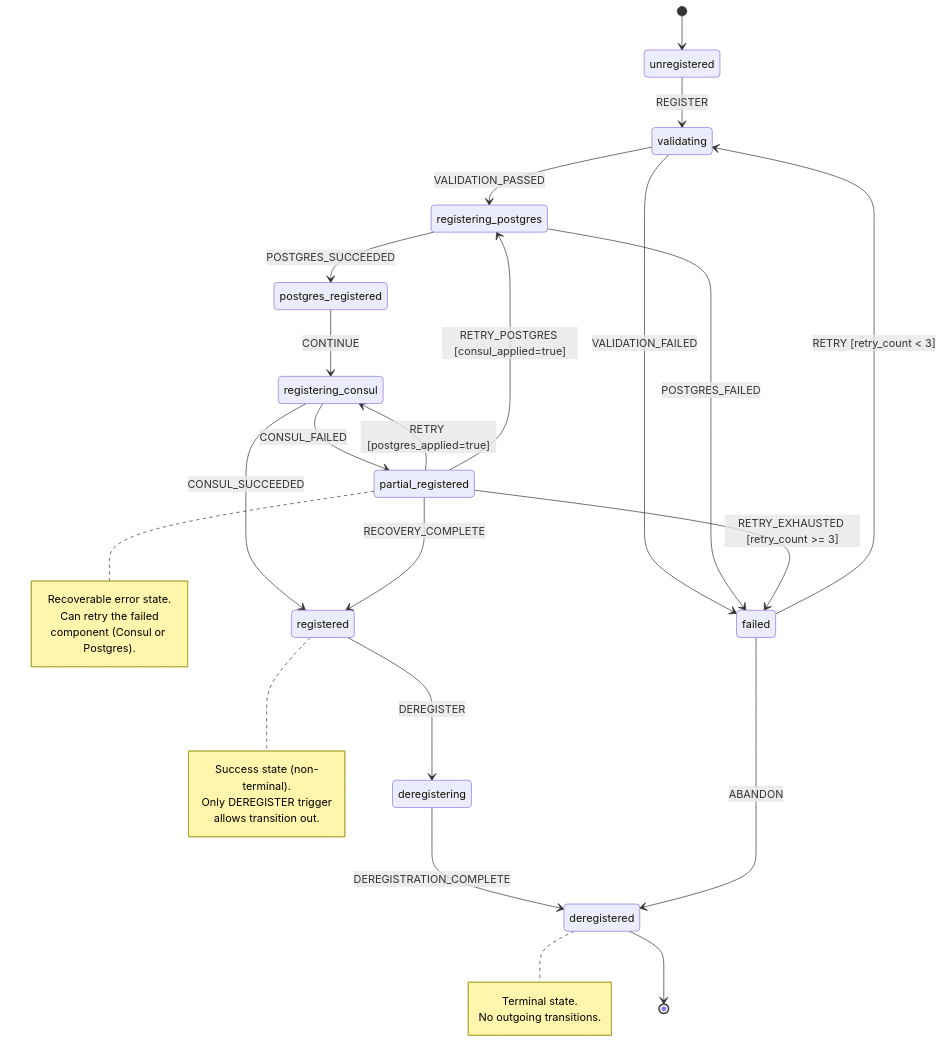
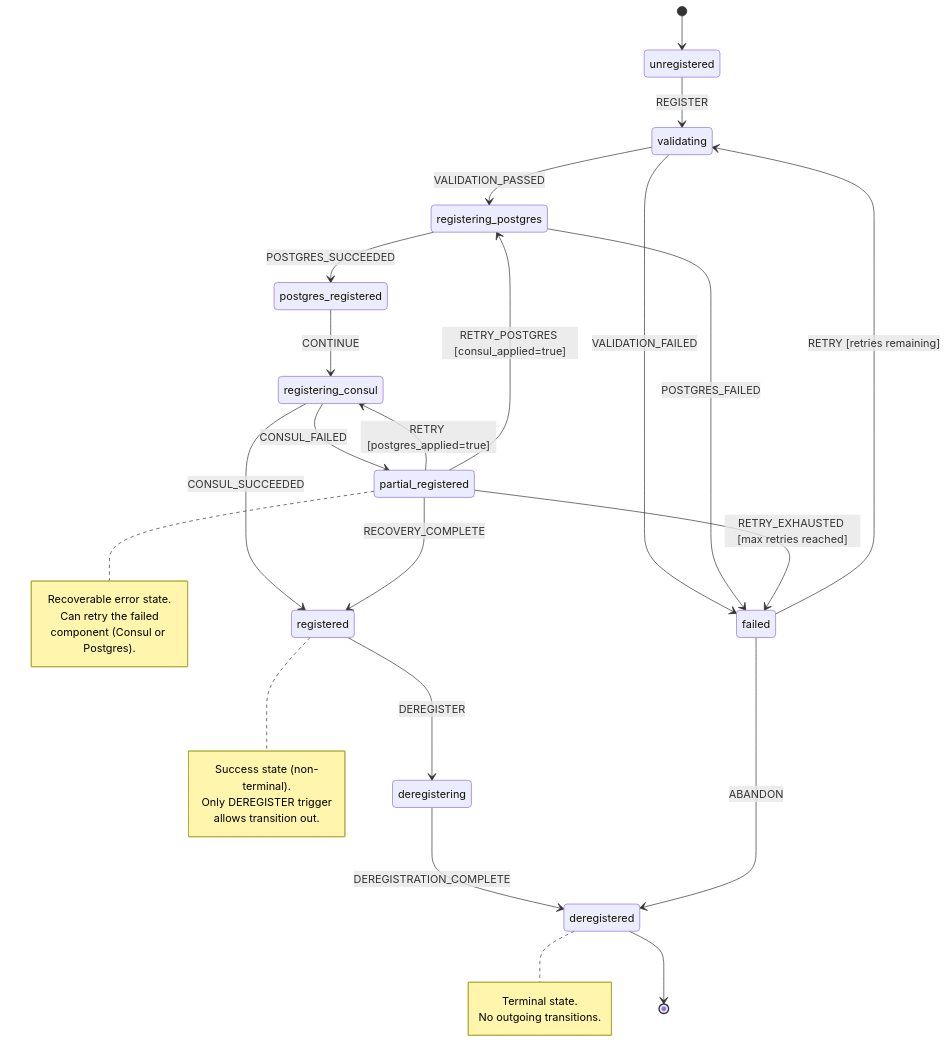
The diagram in docs/architecture/REGISTRATION_FSM_CONTRACT.md (OmniNode-ai/omnibase_core), drawn with Mermaid before and after one commit. The commit also changed 2 other files, not shown here.

Commit message:
fix(docs): improve mermaid diagram compatibility for cross-platform rendering
Fix mermaid syntax issues that prevent diagrams from rendering correctly
on certain platforms:
- Remove space after colon in stroke-dasharray CSS values
- Replace emoji characters with ASCII text equivalents
- Replace Unicode arrow with ASCII equivalent
- Change square brackets to parentheses in sequence diagram participant
  aliases to avoid conflict with actor shape syntax
- Replace comparison operators in state diagram labels to prevent
  HTML tag interpretation

````diff
--- a/docs/architecture/REGISTRATION_FSM_CONTRACT.md
+++ b/docs/architecture/REGISTRATION_FSM_CONTRACT.md
@@ -1969,48 +1969,48 @@
 ```mermaid
 stateDiagram-v2
     [*] --> unregistered
 
     unregistered --> validating : REGISTER
 
     validating --> registering_postgres : VALIDATION_PASSED
     validating --> failed : VALIDATION_FAILED
 
     registering_postgres --> postgres_registered : POSTGRES_SUCCEEDED
     registering_postgres --> failed : POSTGRES_FAILED
 
     postgres_registered --> registering_consul : CONTINUE
 
     registering_consul --> registered : CONSUL_SUCCEEDED
     registering_consul --> partial_registered : CONSUL_FAILED
 
     partial_registered --> registering_consul : RETRY [postgres_applied=true]
     partial_registered --> registering_postgres : RETRY_POSTGRES [consul_applied=true]
     partial_registered --> registered : RECOVERY_COMPLETE
-    partial_registered --> failed : RETRY_EXHAUSTED [retry_count >= 3]
+    partial_registered --> failed : RETRY_EXHAUSTED [max retries reached]
 
     registered --> deregistering : DEREGISTER
 
     deregistering --> deregistered : DEREGISTRATION_COMPLETE
 
-    failed --> validating : RETRY [retry_count < 3]
+    failed --> validating : RETRY [retries remaining]
     failed --> deregistered : ABANDON
 
     note right of registered
         Success state (non-terminal).
         Only DEREGISTER trigger
         allows transition out.
     end note
 
     note right of partial_registered
         Recoverable error state.
         Can retry the failed
         component (Consul or Postgres).
     end note
 
     note right of deregistered
         Terminal state.
         No outgoing transitions.
     end note
 
     deregistered --> [*]
 ```
````
